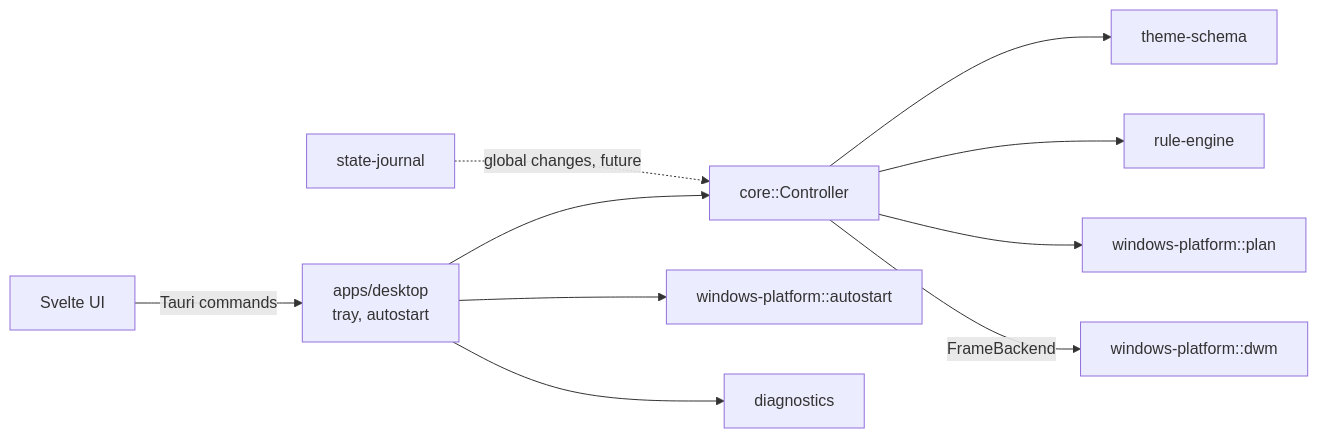
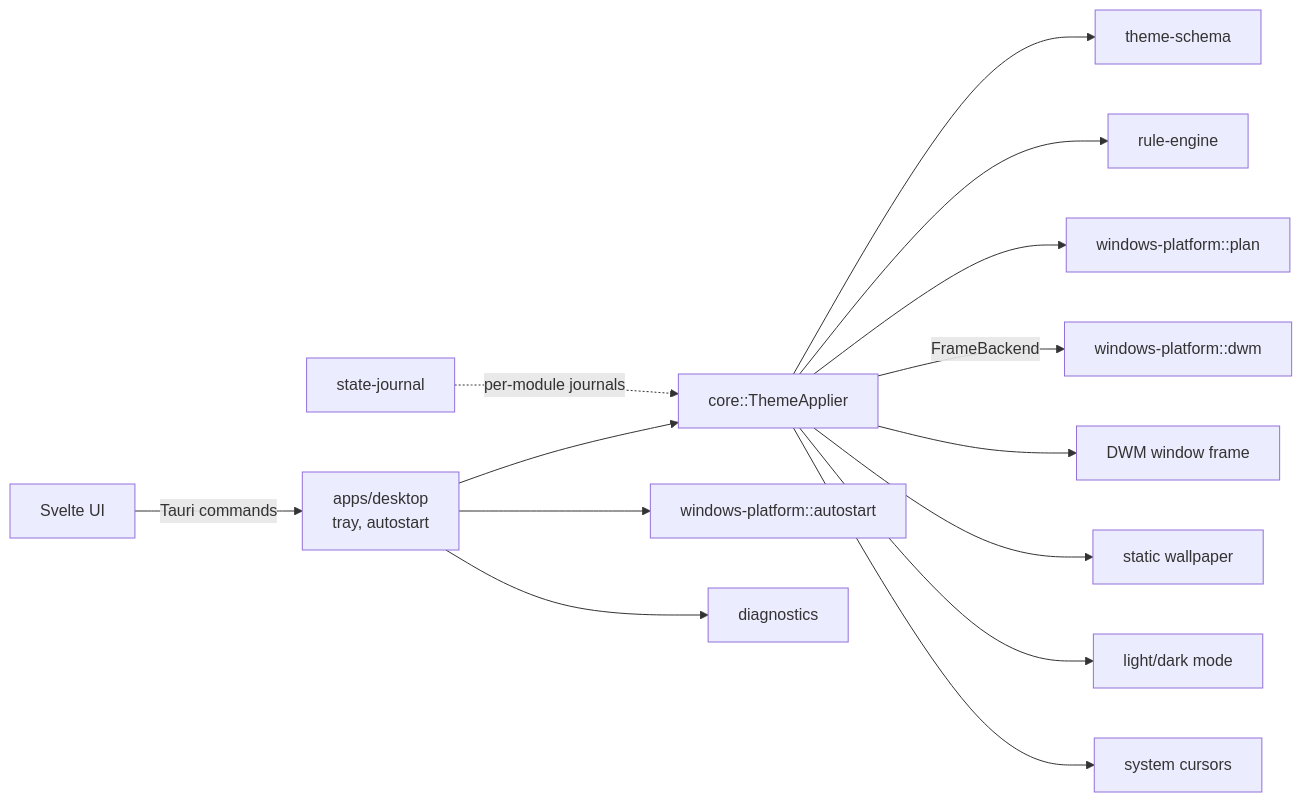
Before and after one commit to AngeloRusu24/Veneer: the diagram in README.md, drawn with Mermaid. The commit also changed other lines of this file and 22 other files, not shown here.

Commit message:
M9: add file pickers, appearance modes and cursors

````diff
--- a/README.md
+++ b/README.md
@@ -60,12 +68,16 @@
 ```mermaid
 flowchart LR
     UI[Svelte UI] -->|Tauri commands| App[apps/desktop<br/>tray, autostart]
-    App --> Core[core::Controller]
+    App --> Core[core::ThemeApplier]
     Core --> Schema[theme-schema]
     Core --> Rules[rule-engine]
     Core --> Plan[windows-platform::plan]
     Core -->|FrameBackend| DWM[windows-platform::dwm]
     App --> Auto[windows-platform::autostart]
     App --> Diag[diagnostics]
-    Journal[state-journal] -.global changes, future.-> Core
+    Core --> Frame[DWM window frame]
+    Core --> Wallpaper[static wallpaper]
+    Core --> Appearance[light/dark mode]
+    Core --> Cursors[system cursors]
+    Journal[state-journal] -.per-module journals.-> Core
 ```
````
